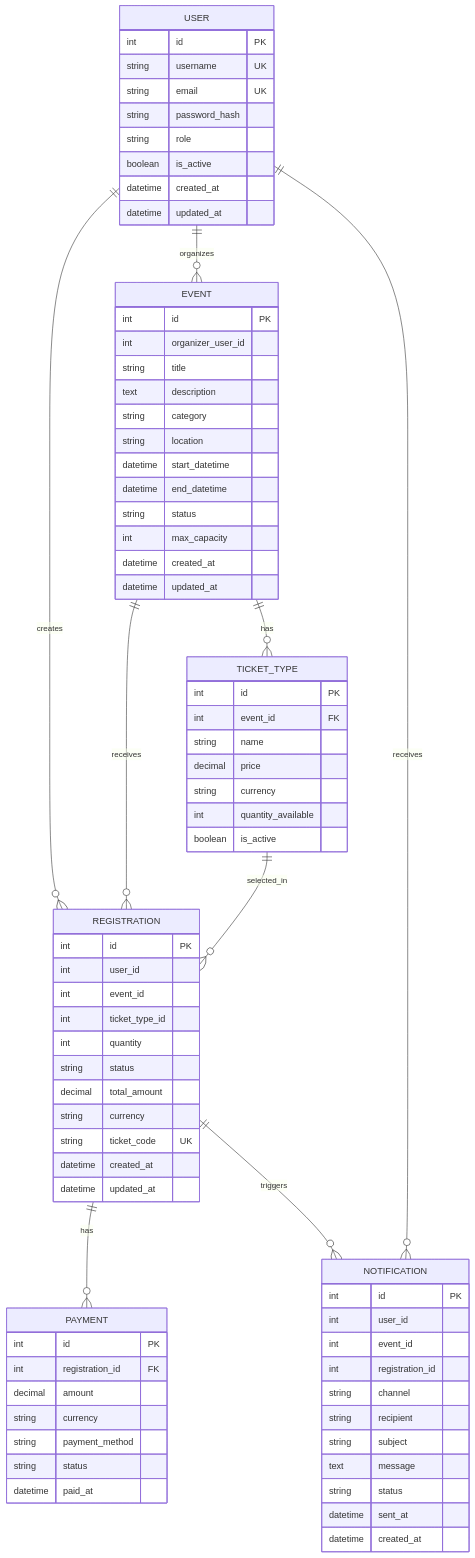
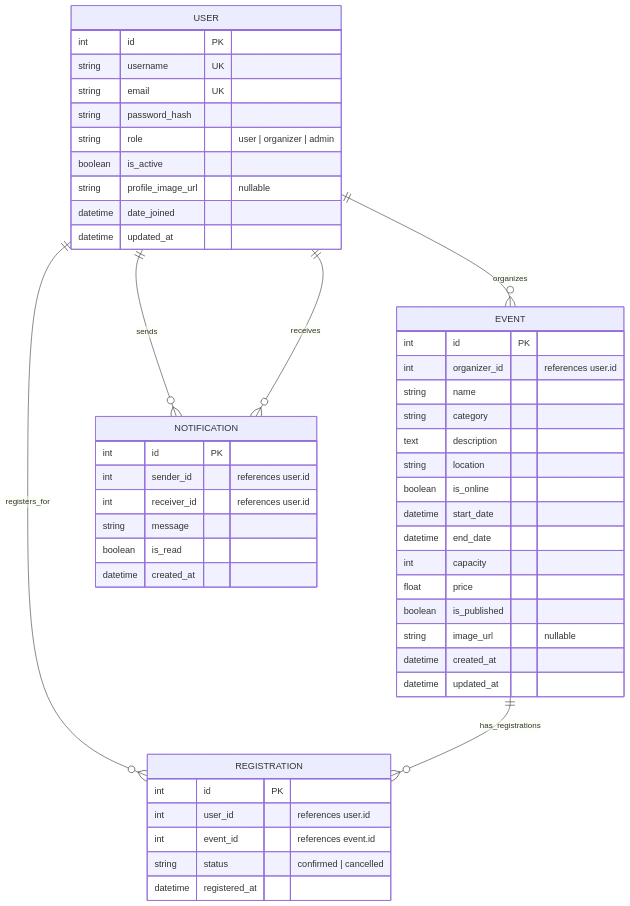
One commit to ahmedreda38/Evora changed the diagram in docs/database-simple.md. Above: the diagram before and after it, drawn with Mermaid. The commit also changed other lines of this file and 23 other files, not shown here.

Commit message:
feat: deploy microservices architecture to Kubernetes with Ingress, Postgres, and service configurations

````diff
--- a/docs/database-simple.md
+++ b/docs/database-simple.md
@@ -6,82 +10,51 @@
         string username UK
         string email UK
         string password_hash
-        string role
+        string role "user | organizer | admin"
         boolean is_active
-        datetime created_at
+        string profile_image_url "nullable"
+        datetime date_joined
         datetime updated_at
     }
 
     EVENT {
         int id PK
-        int organizer_user_id
-        string title
+        int organizer_id "references user.id"
+        string name
+        string category
         text description
-        string category
         string location
-        datetime start_datetime
-        datetime end_datetime
-        string status
-        int max_capacity
+        boolean is_online
+        datetime start_date
+        datetime end_date
+        int capacity
+        float price
+        boolean is_published
+        string image_url "nullable"
         datetime created_at
         datetime updated_at
     }
 
-    TICKET_TYPE {
-        int id PK
-        int event_id FK
-        string name
-        decimal price
-        string currency
-        int quantity_available
-        boolean is_active
-    }
-
     REGISTRATION {
         int id PK
-        int user_id
-        int event_id
-        int ticket_type_id
-        int quantity
-        string status
-        decimal total_amount
-        string currency
-        string ticket_code UK
-        datetime created_at
-        datetime updated_at
-    }
-
-    PAYMENT {
-        int id PK
-        int registration_id FK
-        decimal amount
-        string currency
-        string payment_method
-        string status
-        datetime paid_at
+        int user_id "references user.id"
+        int event_id "references event.id"
+        string status "confirmed | cancelled"
+        datetime registered_at
     }
 
     NOTIFICATION {
         int id PK
-        int user_id
-        int event_id
-        int registration_id
-        string channel
-        string recipient
-        string subject
-        text message
-        string status
-        datetime sent_at
+        int sender_id "references user.id"
+        int receiver_id "references user.id"
+        string message
+        boolean is_read
         datetime created_at
     }
 
-    EVENT ||--o{ TICKET_TYPE : has
-    REGISTRATION ||--o{ PAYMENT : has
-
     USER ||--o{ EVENT : organizes
-    USER ||--o{ REGISTRATION : creates
-    EVENT ||--o{ REGISTRATION : receives
-    TICKET_TYPE ||--o{ REGISTRATION : selected_in
-    REGISTRATION ||--o{ NOTIFICATION : triggers
+    USER ||--o{ REGISTRATION : registers_for
+    EVENT ||--o{ REGISTRATION : has_registrations
+    USER ||--o{ NOTIFICATION : sends
     USER ||--o{ NOTIFICATION : receives
 ```
````
